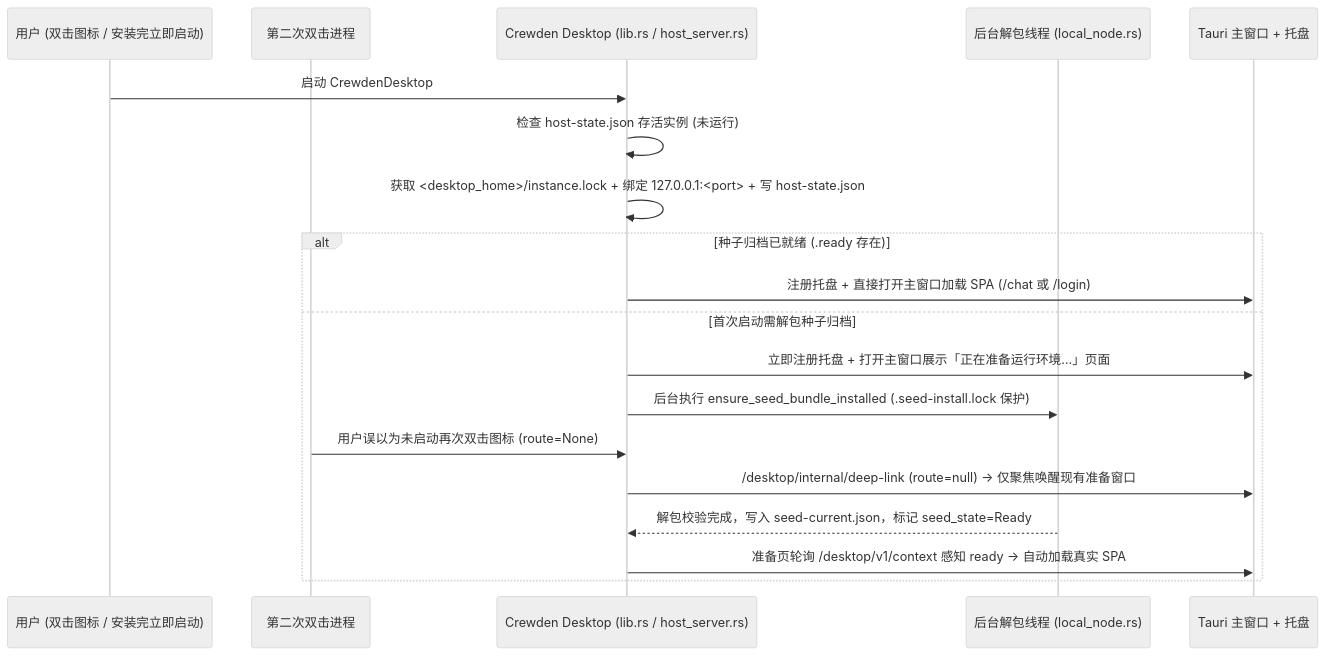
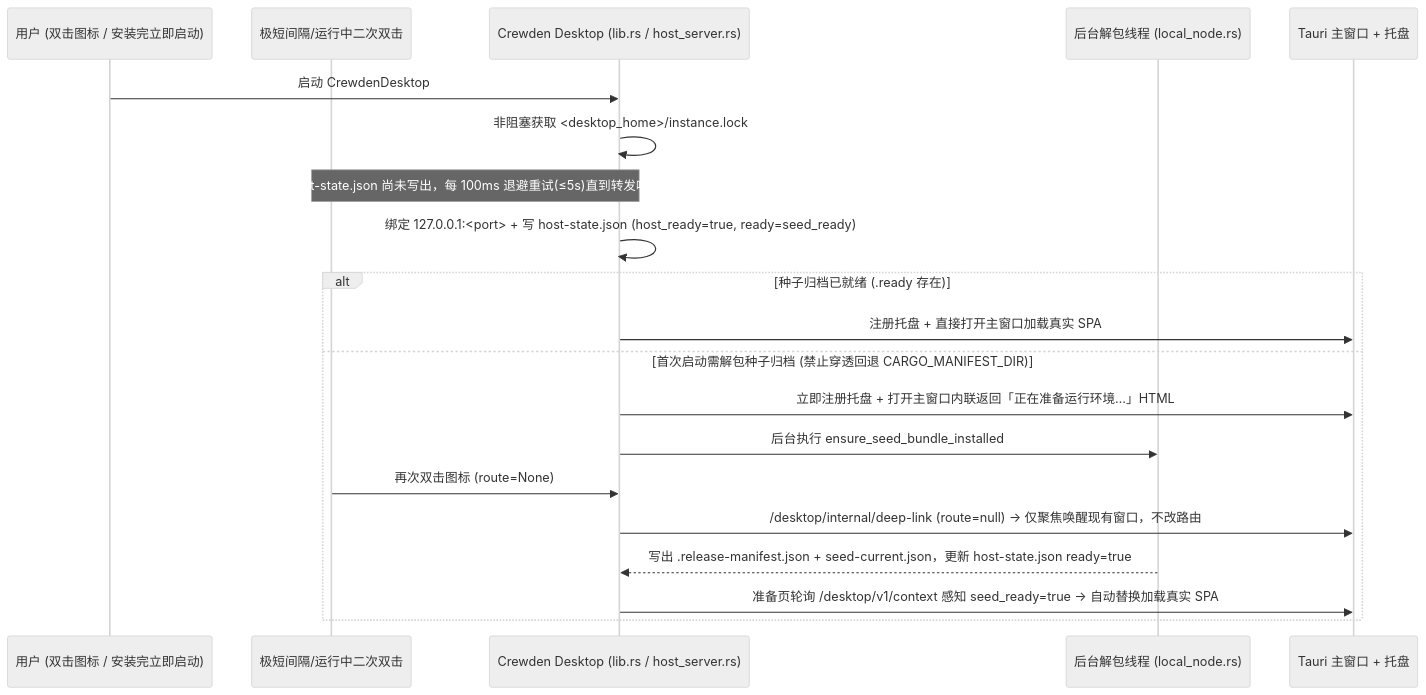
One commit to Mrchen116/nano-multiagent changed the second of 3 diagrams in docs/changes/feat-799-desktop-hardening-private-deploy/design.md. Above: the diagram before and after it, drawn with Mermaid (neutral theme). The commit also changed other lines of this file and 15 other files, not shown here.

````diff
--- a/docs/changes/feat-799-desktop-hardening-private-deploy/design.md
+++ b/docs/changes/feat-799-desktop-hardening-private-deploy/design.md
@@ -90,22 +95,23 @@
 ```mermaid
 sequenceDiagram
   participant User as 用户 (双击图标 / 安装完立即启动)
-  participant Second as 第二次双击进程
+  participant Second as 极短间隔/运行中二次双击
   participant Host as Crewden Desktop (lib.rs / host_server.rs)
   participant SeedWorker as 后台解包线程 (local_node.rs)
   participant Window as Tauri 主窗口 + 托盘
 
   User->>Host: 启动 CrewdenDesktop
-  Host->>Host: 检查 host-state.json 存活实例 (未运行)
-  Host->>Host: 获取 <desktop_home>/instance.lock + 绑定 127.0.0.1:<port> + 写 host-state.json
+  Host->>Host: 非阻塞获取 <desktop_home>/instance.lock
+  Note over Second,Host: 若撞锁且 host-state.json 尚未写出，每 100ms 退避重试(≤5s)直到转发唤醒后 exit(0)
+  Host->>Host: 绑定 127.0.0.1:<port> + 写 host-state.json (host_ready=true, ready=seed_ready)
   alt 种子归档已就绪 (.ready 存在)
-    Host->>Window: 注册托盘 + 直接打开主窗口加载 SPA (/chat 或 /login)
-  else 首次启动需解包种子归档
-    Host->>Window: 立即注册托盘 + 打开主窗口展示「正在准备运行环境…」页面
-    Host->>SeedWorker: 后台执行 ensure_seed_bundle_installed (.seed-install.lock 保护)
-    Second->>Host: 用户误以为未启动再次双击图标 (route=None)
-    Host->>Window: /desktop/internal/deep-link (route=null) -> 仅聚焦唤醒现有准备窗口
-    SeedWorker-->>Host: 解包校验完成，写入 seed-current.json，标记 seed_state=Ready
-    Host->>Window: 准备页轮询 /desktop/v1/context 感知 ready -> 自动加载真实 SPA
+    Host->>Window: 注册托盘 + 直接打开主窗口加载真实 SPA
+  else 首次启动需解包种子归档 (禁止穿透回退 CARGO_MANIFEST_DIR)
+    Host->>Window: 立即注册托盘 + 打开主窗口内联返回「正在准备运行环境…」HTML
+    Host->>SeedWorker: 后台执行 ensure_seed_bundle_installed
+    Second->>Host: 再次双击图标 (route=None)
+    Host->>Window: /desktop/internal/deep-link (route=null) -> 仅聚焦唤醒现有窗口，不改路由
+    SeedWorker-->>Host: 写出 .release-manifest.json + seed-current.json，更新 host-state.json ready=true
+    Host->>Window: 准备页轮询 /desktop/v1/context 感知 seed_ready=true -> 自动替换加载真实 SPA
   end
 ```
````
